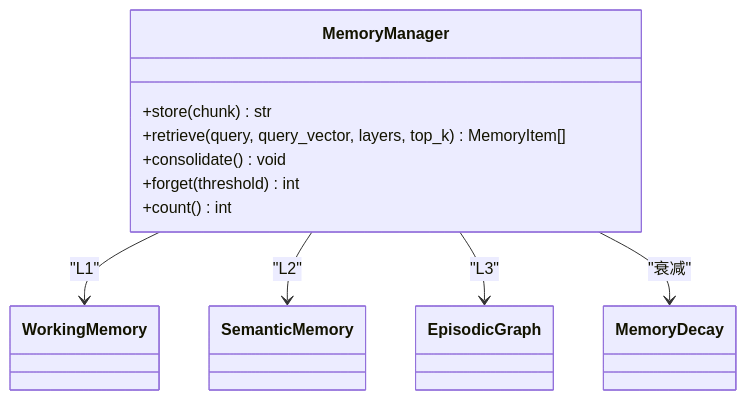
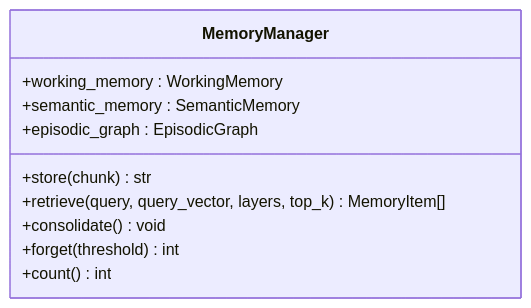
One commit to JieGaoPrinceton/NecoRAG changed the fifth of 12 diagrams in .qoder/repowiki/zh/content/核心架构设计/核心架构设计.md. Above: the diagram before and after it, drawn with Mermaid. The commit also changed other lines of this file and 181 other files, not shown here.

````diff
--- a/.qoder/repowiki/zh/content/核心架构设计/核心架构设计.md
+++ b/.qoder/repowiki/zh/content/核心架构设计/核心架构设计.md
@@ -248,18 +244,13 @@
 ```mermaid
 classDiagram
 class MemoryManager {
++working_memory : WorkingMemory
++semantic_memory : SemanticMemory
++episodic_graph : EpisodicGraph
 +store(chunk) str
 +retrieve(query, query_vector, layers, top_k) MemoryItem[]
 +consolidate() void
 +forget(threshold) int
 +count() int
 }
-class WorkingMemory
-class SemanticMemory
-class EpisodicGraph
-class MemoryDecay
-MemoryManager --> WorkingMemory : "L1"
-MemoryManager --> SemanticMemory : "L2"
-MemoryManager --> EpisodicGraph : "L3"
-MemoryManager --> MemoryDecay : "衰减"
 ```
````
